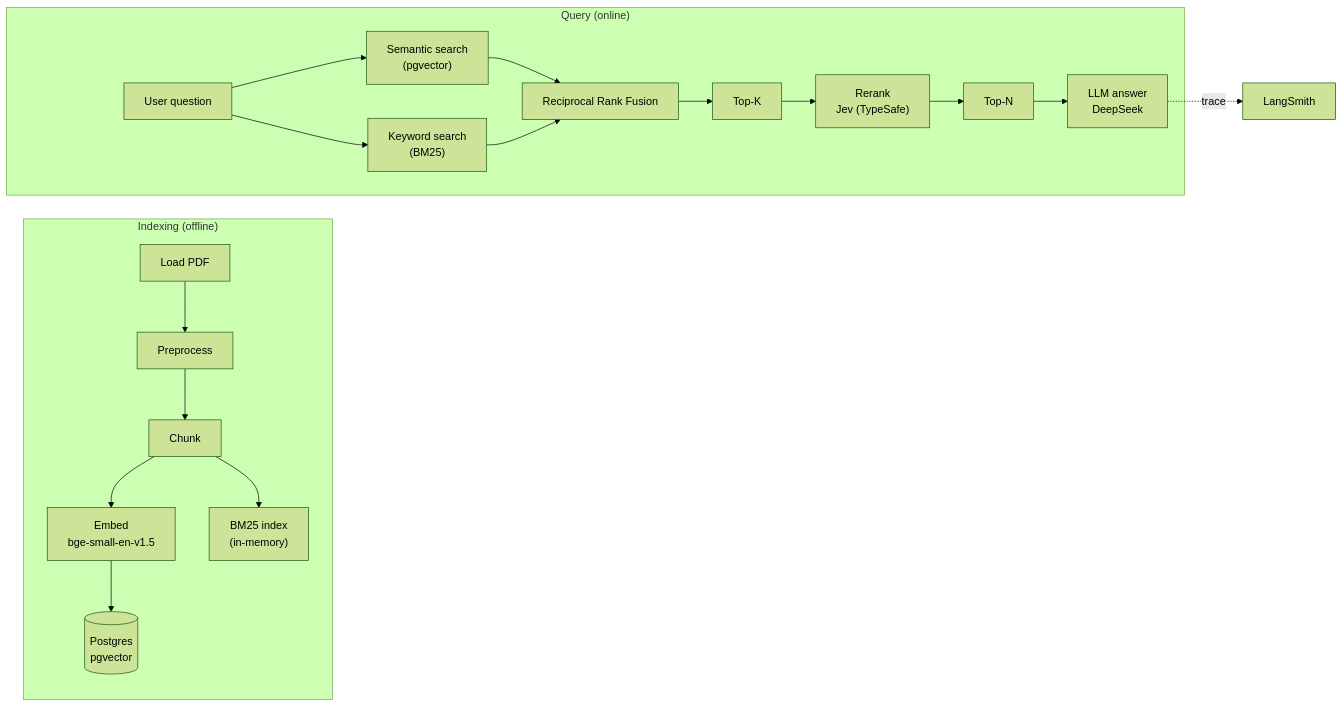
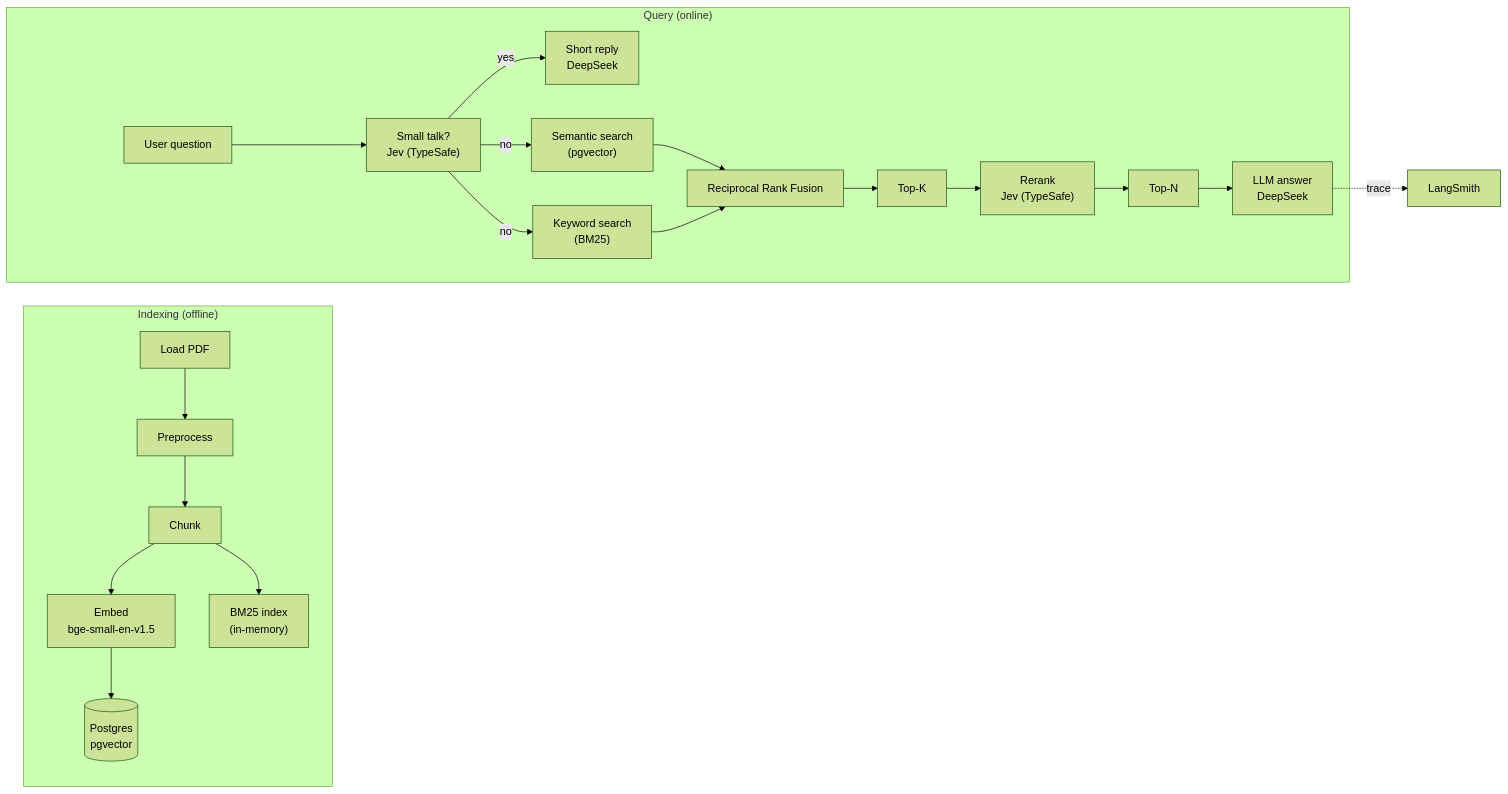
Before and after one commit to rozi-bb/privy: the first of 2 diagrams in docs/architecture.md, drawn with Mermaid (forest theme). The commit also changed other lines of this file and 9 other files, not shown here.

````diff
--- a/docs/architecture.md
+++ b/docs/architecture.md
@@ -14,21 +14,23 @@
 ```mermaid
 flowchart LR
     subgraph indexing["Indexing (offline)"]
         L["Load PDF"] --> P["Preprocess"] --> C["Chunk"] --> E["Embed<br/>bge-small-en-v1.5"] --> V[("Postgres<br/>pgvector")]
         C --> B["BM25 index<br/>(in-memory)"]
     end
 
     subgraph query["Query (online)"]
         Q["User question"]
-        Q --> S["Semantic search<br/>(pgvector)"]
-        Q --> K["Keyword search<br/>(BM25)"]
+        Q --> I["Small talk?<br/>Jev (TypeSafe)"]
+        I -->|yes| STR["Short reply<br/>DeepSeek"]
+        I -->|no| S["Semantic search<br/>(pgvector)"]
+        I -->|no| K["Keyword search<br/>(BM25)"]
         S --> RRF["Reciprocal Rank Fusion"]
         K --> RRF
         RRF --> TOP["Top-K"]
         TOP --> R["Rerank<br/>Jev (TypeSafe)"]
         R --> N["Top-N"]
         N --> G["LLM answer<br/>DeepSeek"]
     end
 
     G -.trace.-> LS["LangSmith"]
 ```
````
